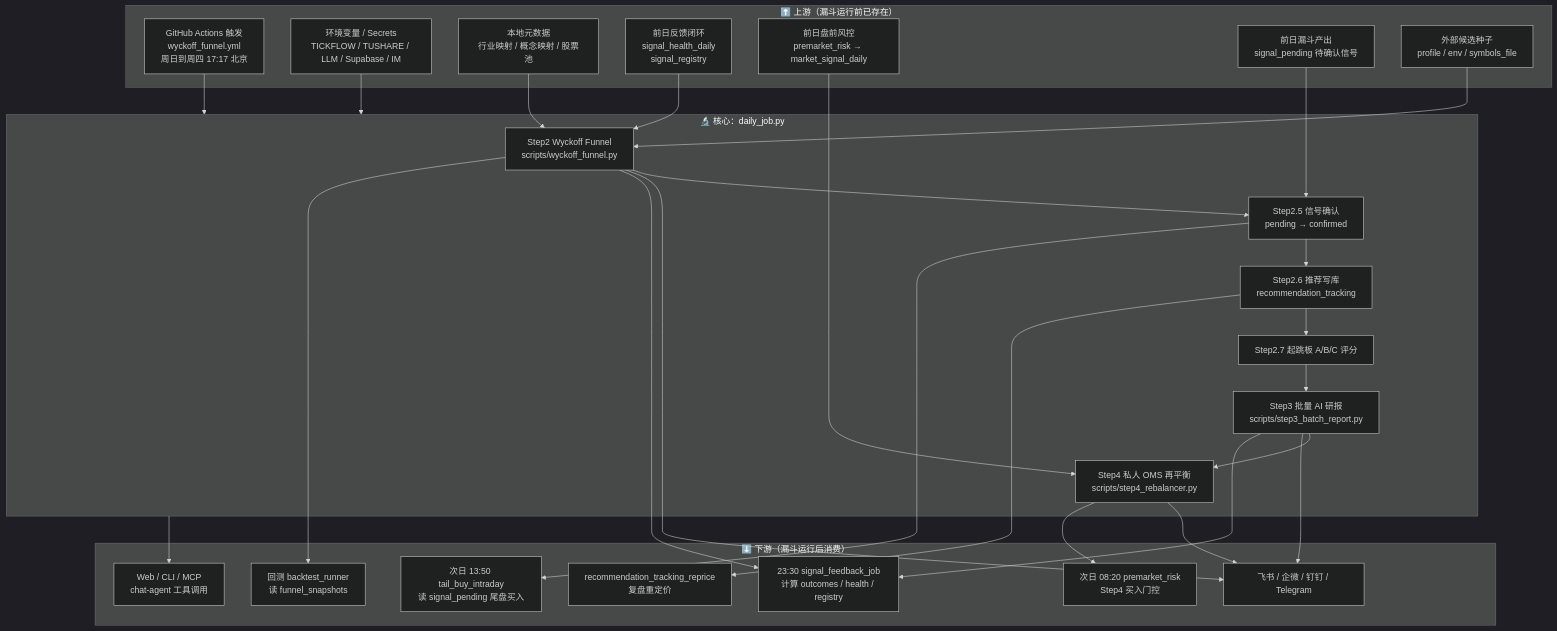
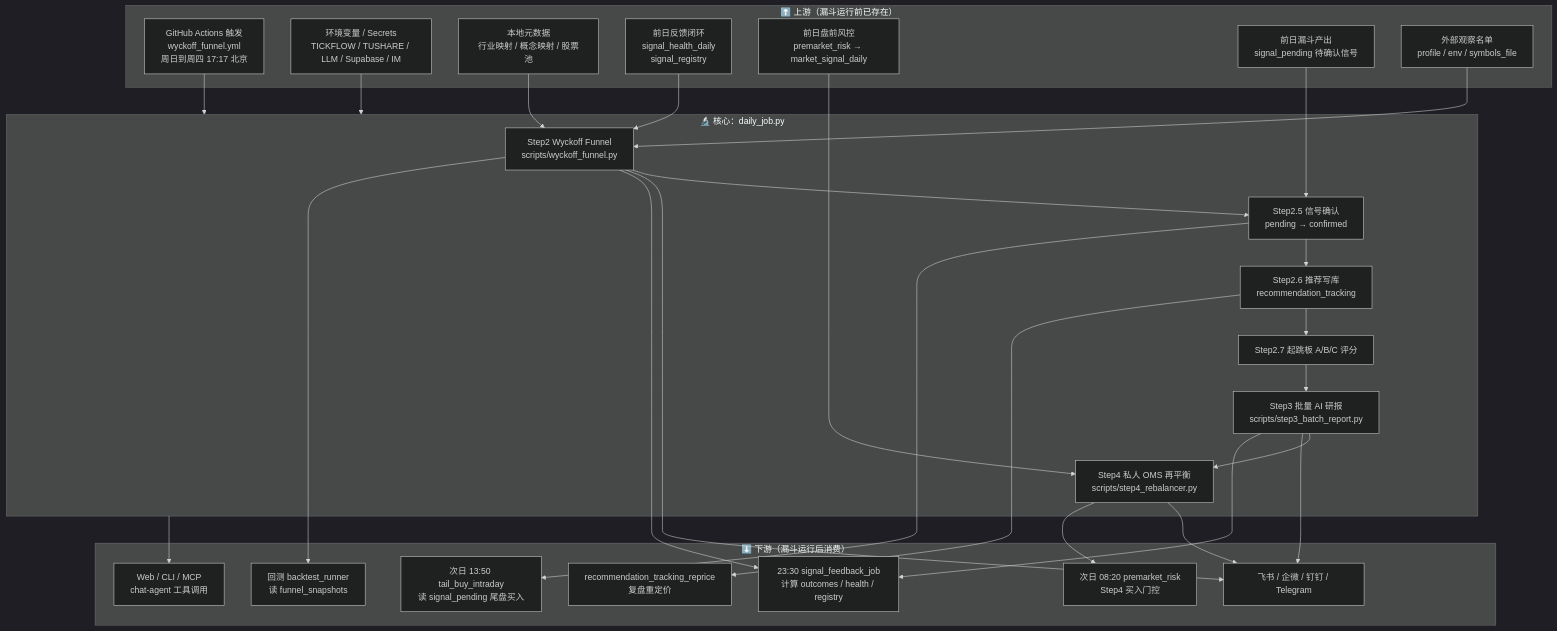
Before and after one commit to niyoh120/Wyckoff-Analysis: the first of 7 diagrams in docs/A_SHARE_FUNNEL_FLOW.md, drawn with Mermaid (dark theme). The commit also changed other lines of this file and 10 other files, not shown here.

````diff
--- a/docs/A_SHARE_FUNNEL_FLOW.md
+++ b/docs/A_SHARE_FUNNEL_FLOW.md
@@ -11,53 +11,53 @@
 ```mermaid
 flowchart TB
     subgraph UPSTREAM["⬆️ 上游（漏斗运行前已存在）"]
         U1["GitHub Actions 触发<br/>wyckoff_funnel.yml<br/>周日到周四 17:17 北京"]
         U2["环境变量 / Secrets<br/>TICKFLOW / TUSHARE / LLM / Supabase / IM"]
         U3["本地元数据<br/>行业映射 / 概念映射 / 股票池"]
         U4["前日反馈闭环<br/>signal_health_daily<br/>signal_registry"]
         U5["前日盘前风控<br/>premarket_risk → market_signal_daily"]
         U6["前日漏斗产出<br/>signal_pending 待确认信号"]
-        U7["外部候选种子<br/>profile / env / symbols_file"]
+        U7["外部观察名单<br/>profile / env / symbols_file"]
     end
 
     subgraph CORE["🔬 核心：daily_job.py"]
         S2["Step2 Wyckoff Funnel<br/>scripts/wyckoff_funnel.py"]
         S25["Step2.5 信号确认<br/>pending → confirmed"]
         S26["Step2.6 推荐写库<br/>recommendation_tracking"]
         S27["Step2.7 起跳板 A/B/C 评分"]
         S3["Step3 批量 AI 研报<br/>scripts/step3_batch_report.py"]
         S4["Step4 私人 OMS 再平衡<br/>scripts/step4_rebalancer.py"]
     end
 
     subgraph DOWNSTREAM["⬇️ 下游（漏斗运行后消费）"]
         D1["23:30 signal_feedback_job<br/>计算 outcomes / health / registry"]
         D2["次日 08:20 premarket_risk<br/>Step4 买入门控"]
         D3["次日 13:50 tail_buy_intraday<br/>读 signal_pending 尾盘买入"]
         D4["Web / CLI / MCP<br/>chat-agent 工具调用"]
         D5["回测 backtest_runner<br/>读 funnel_snapshots"]
         D6["recommendation_tracking_reprice<br/>复盘重定价"]
         D7["飞书 / 企微 / 钉钉 / Telegram"]
     end
 
     U1 --> CORE
     U2 --> CORE
     U3 --> S2
     U4 --> S2
     U5 --> S4
     U6 --> S25
     U7 --> S2
 
     S2 --> S25 --> S26 --> S27 --> S3 --> S4
 
     S2 --> D7
     S3 --> D7
     S4 --> D7
 
     S2 --> D1
     S3 --> D1
     S4 --> D2
     S25 --> D3
     S26 --> D6
     S2 --> D5
     CORE --> D4
 ```
````
